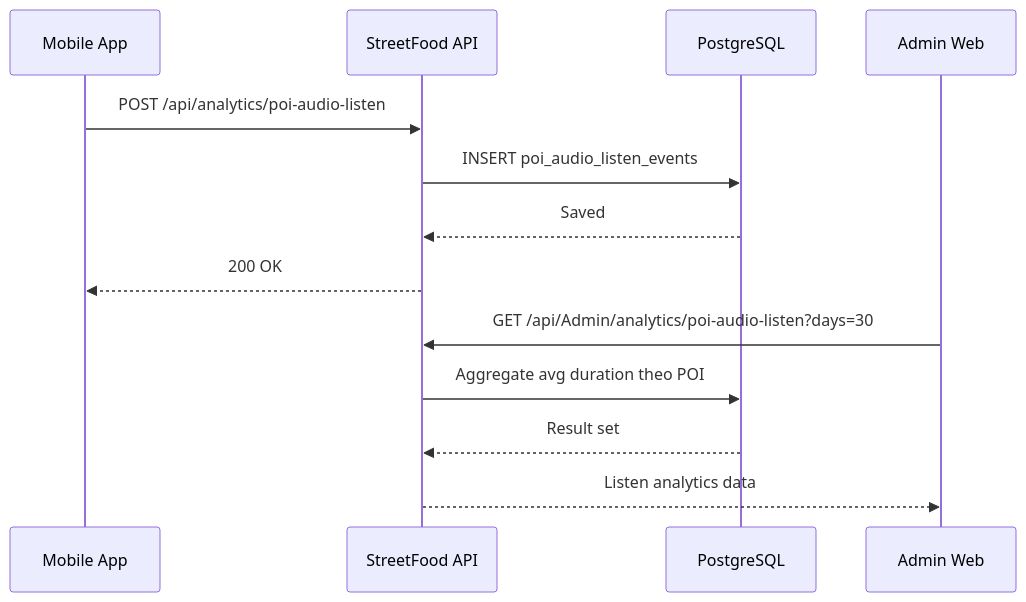
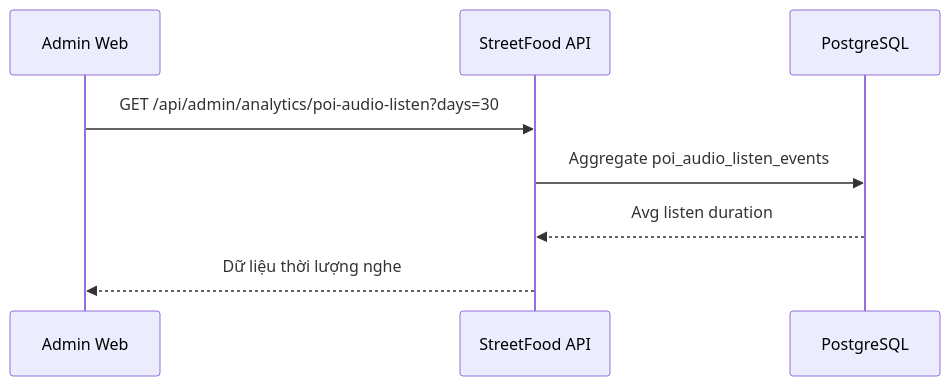
Diagram 22 of 44 in prd.md (NguyenPhuc-Du/StreetFood), drawn with Mermaid before and after one commit. The commit also changed other lines of this file and 22 other files, not shown here.

Commit message:
Updating PRD and web/app features

````diff
--- a/prd.md
+++ b/prd.md
@@ -977,17 +964,11 @@
 ```mermaid
 sequenceDiagram
-    participant M as Mobile App
+    participant A as Admin Web
     participant API as StreetFood API
     participant DB as PostgreSQL
-    participant A as Admin Web
 
-    M->>API: POST /api/analytics/poi-audio-listen
-    API->>DB: INSERT poi_audio_listen_events
-    DB-->>API: Saved
-    API-->>M: 200 OK
-
-    A->>API: GET /api/Admin/analytics/poi-audio-listen?days=30
-    API->>DB: Aggregate avg duration theo POI
-    DB-->>API: Result set
-    API-->>A: Listen analytics data
+    A->>API: GET /api/admin/analytics/poi-audio-listen?days=30
+    API->>DB: Aggregate poi_audio_listen_events
+    DB-->>API: Avg listen duration
+    API-->>A: Dữ liệu thời lượng nghe
 ```
````
